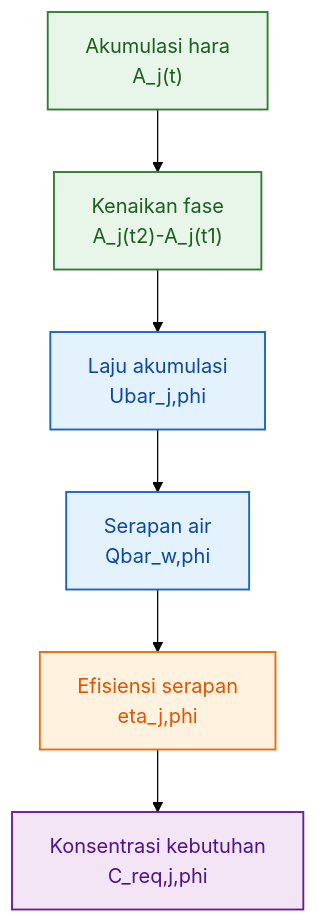
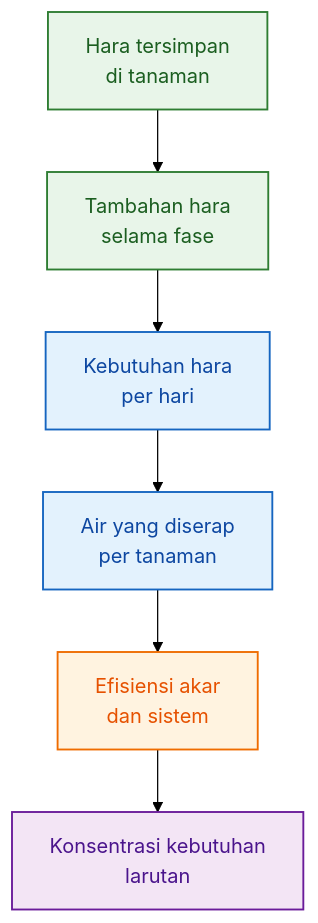
Before and after one commit to slametsampon/kawruhnology: the fifth of 15 diagrams in content/blog/agri/kebon/model-formula-hara.mdx, drawn with Mermaid (forest theme). The commit also changed other lines of this file and 4 other files, not shown here.

````diff
--- a/content/blog/agri/kebon/model-formula-hara.mdx
+++ b/content/blog/agri/kebon/model-formula-hara.mdx
@@ -1083,18 +990,18 @@
 ```mermaid id="bab4-laju-konsentrasi"
 flowchart TD
-    A["Akumulasi hara<br/>A_j(t)"] --> B["Kenaikan fase<br/>A_j(t2)-A_j(t1)"]
-    B --> C["Laju akumulasi<br/>Ubar_j,phi"]
-    C --> D["Serapan air<br/>Qbar_w,phi"]
-    D --> E["Efisiensi serapan<br/>eta_j,phi"]
-    E --> F["Konsentrasi kebutuhan<br/>C_req,j,phi"]
+    A["Hara tersimpan<br/>di tanaman"] --> B["Tambahan hara<br/>selama fase"]
+    B --> C["Kebutuhan hara<br/>per hari"]
+    C --> D["Air yang diserap<br/>per tanaman"]
+    D --> E["Efisiensi akar<br/>dan sistem"]
+    E --> F["Konsentrasi kebutuhan<br/>larutan"]
 
     classDef data fill:#E8F5E9,stroke:#2E7D32,stroke-width:1.5px,color:#1B5E20;
     classDef proses fill:#E3F2FD,stroke:#1565C0,stroke-width:1.5px,color:#0D47A1;
     classDef koreksi fill:#FFF3E0,stroke:#EF6C00,stroke-width:1.5px,color:#E65100;
     classDef hasil fill:#F3E5F5,stroke:#6A1B9A,stroke-width:1.5px,color:#4A148C;
 
     class A,B data;
     class C,D proses;
     class E koreksi;
     class F hasil;
 ```
````
